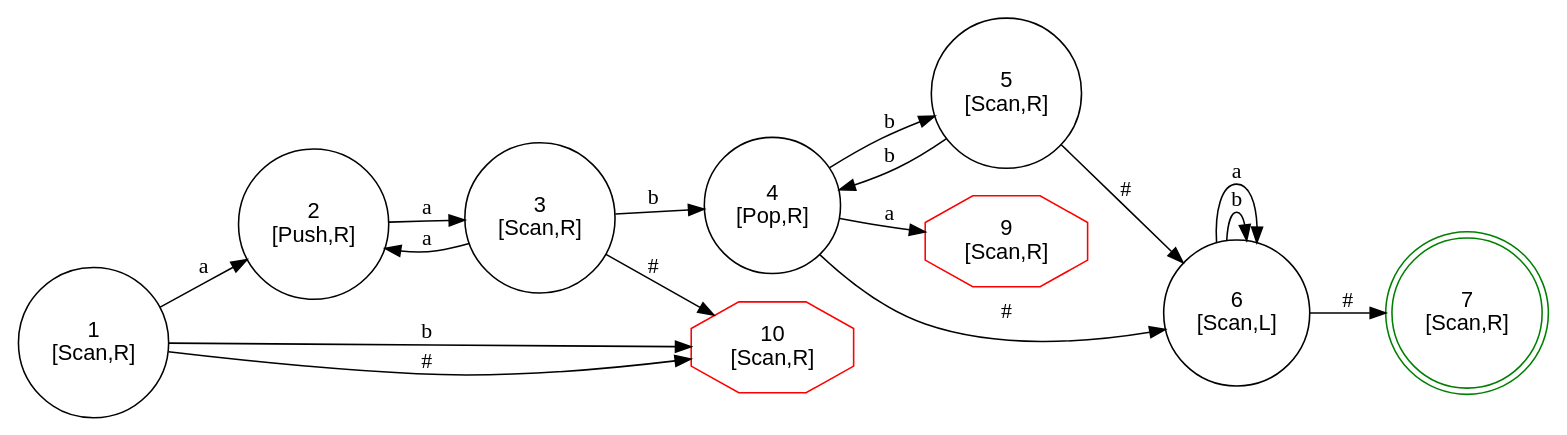
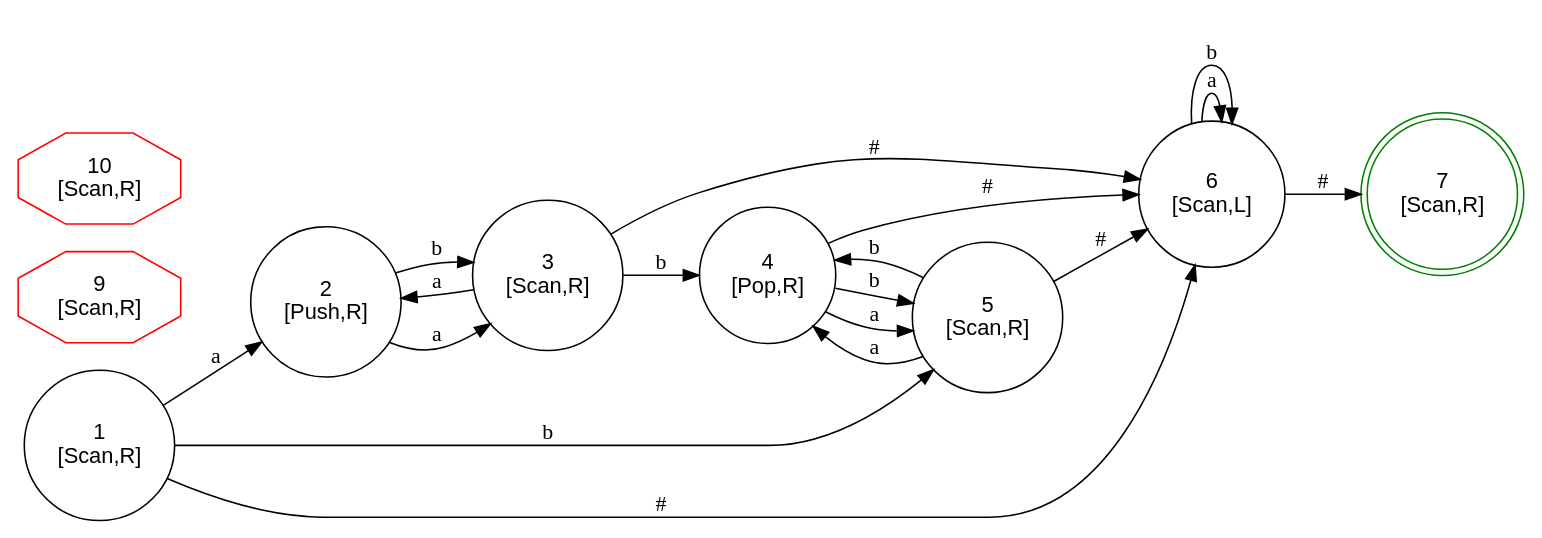
Before and after one commit to kokobabe99/turing_point: the diagram in dots/2pda.dot, drawn with Graphviz. The commit also changed 7 other files, not shown here.

```diff
--- a/dots/2pda.dot
+++ b/dots/2pda.dot
@@ -1,27 +1,29 @@
 digraph FSM {
   rankdir=LR; node [shape=circle, fontname="Arial"];
   1 [label="1\n[Scan,R]", shape=circle];
   1 -> 2 [label="a"];
-  1 -> 10 [label="b"];
-  1 -> 10 [label="#"];
+  1 -> 5 [label="b"];
+  1 -> 6 [label="#"];
   2 [label="2\n[Push,R]", shape=circle];
   2 -> 3 [label="a"];
+  2 -> 3 [label="b"];
   3 [label="3\n[Scan,R]", shape=circle];
   3 -> 2 [label="a"];
   3 -> 4 [label="b"];
-  3 -> 10 [label="#"];
+  3 -> 6 [label="#"];
   4 [label="4\n[Pop,R]", shape=circle];
   4 -> 5 [label="b"];
-  4 -> 9 [label="a"];
   4 -> 6 [label="#"];
+  4 -> 5 [label="a"];
   5 [label="5\n[Scan,R]", shape=circle];
+  5 -> 4 [label="a"];
   5 -> 4 [label="b"];
   5 -> 6 [label="#"];
   6 [label="6\n[Scan,L]", shape=circle];
+  6 -> 6 [label="a"];
   6 -> 6 [label="b"];
   6 -> 7 [label="#"];
-  6 -> 6 [label="a"];
   7 [label="7\n[Scan,R]", shape=doublecircle, color="green"];
   9 [label="9\n[Scan,R]", shape=octagon, color="red"];
   10 [label="10\n[Scan,R]", shape=octagon, color="red"];
 }
```
